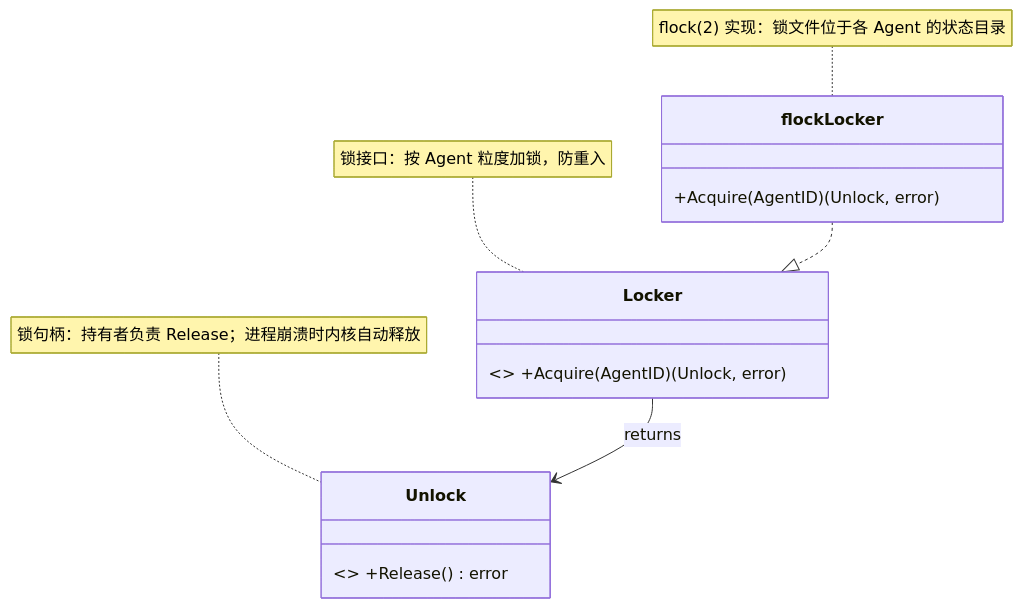
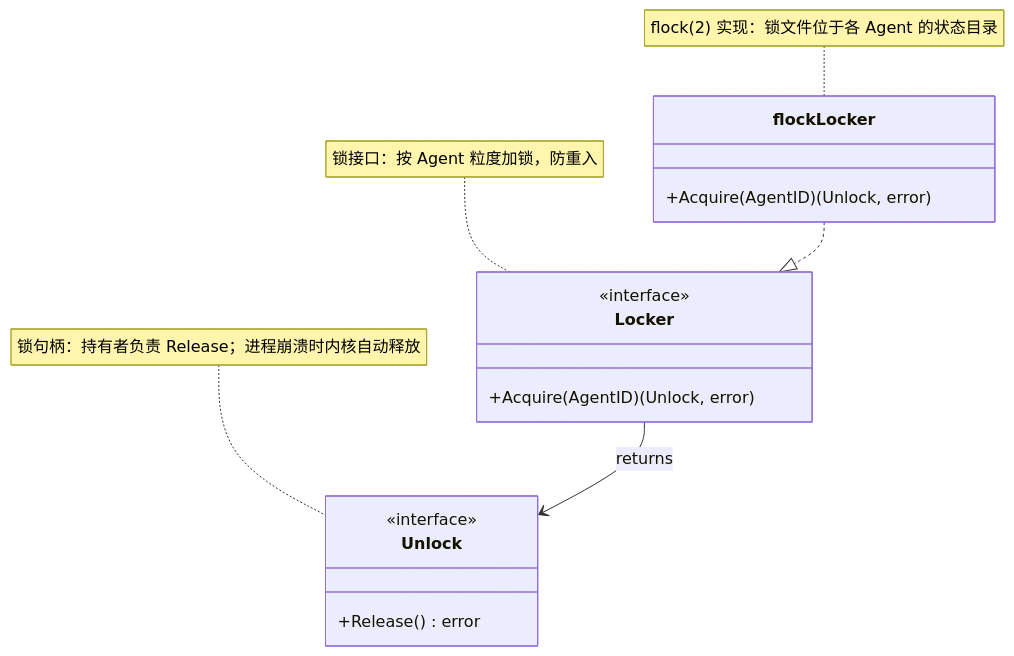
The diagram in ivory-tower/c4/components/apm-cli-diagrams/lock-manager.mmd (spacemit-com/agent-power-manager), drawn with Mermaid before and after one commit. The commit also changed 5 other files, not shown here.

```diff
--- a/ivory-tower/c4/components/apm-cli-diagrams/lock-manager.mmd
+++ b/ivory-tower/c4/components/apm-cli-diagrams/lock-manager.mmd
@@ -1,14 +1,20 @@
 classDiagram
     note for Locker "锁接口：按 Agent 粒度加锁，防重入"
-    class Locker { <<interface>> +Acquire(AgentID) (Unlock, error) }
+    class Locker {
+        <<interface>>
+        +Acquire(AgentID) (Unlock, error)
+    }
 
     note for Unlock "锁句柄：持有者负责 Release；进程崩溃时内核自动释放"
-    class Unlock { <<interface>> +Release() error }
+    class Unlock {
+        <<interface>>
+        +Release() error
+    }
 
     note for flockLocker "flock(2) 实现：锁文件位于各 Agent 的状态目录"
     class flockLocker {
         +Acquire(AgentID) (Unlock, error)
     }
 
     flockLocker ..|> Locker
     Locker --> Unlock : returns
```
